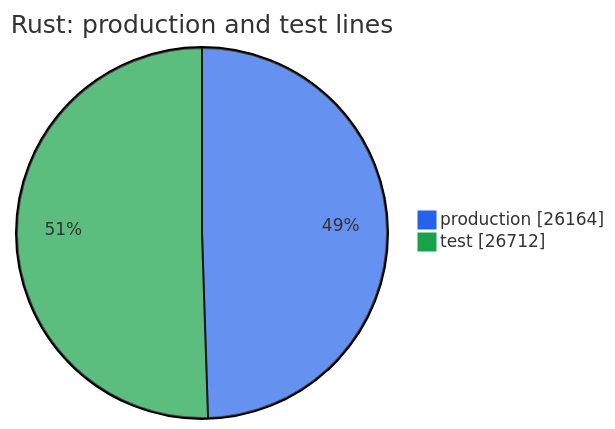
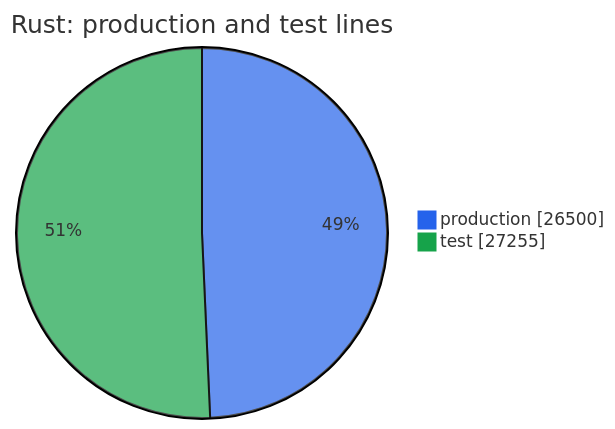
Before and after one commit to thomascherickal/ferrum-gpu: the second of 2 diagrams in metrics.md, drawn with Mermaid. The commit also changed other lines of this file and 106 other files, not shown here.

````diff
--- a/metrics.md
+++ b/metrics.md
@@ -35,6 +35,6 @@
 ```mermaid
 %%{init: {"theme": "base", "themeVariables": {"pie1": "#2563eb", "pie2": "#16a34a", "pie3": "#d97706", "pie4": "#db2777", "pie5": "#7c3aed", "pie6": "#0891b2", "pie7": "#65a30d", "pie8": "#dc2626"}}}%%
 pie showData title Rust: production and test lines
-    "production" : 26164
-    "test" : 26712
+    "production" : 26500
+    "test" : 27255
 ```
````
